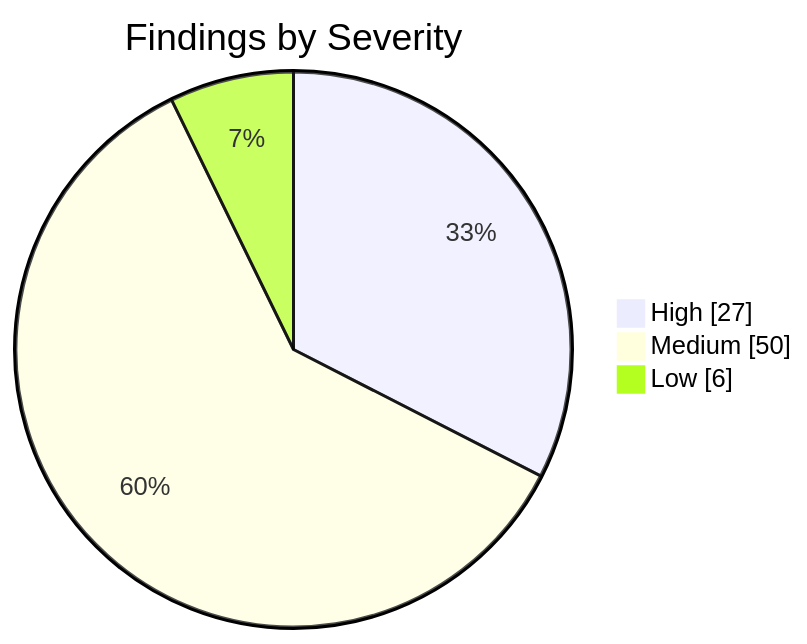
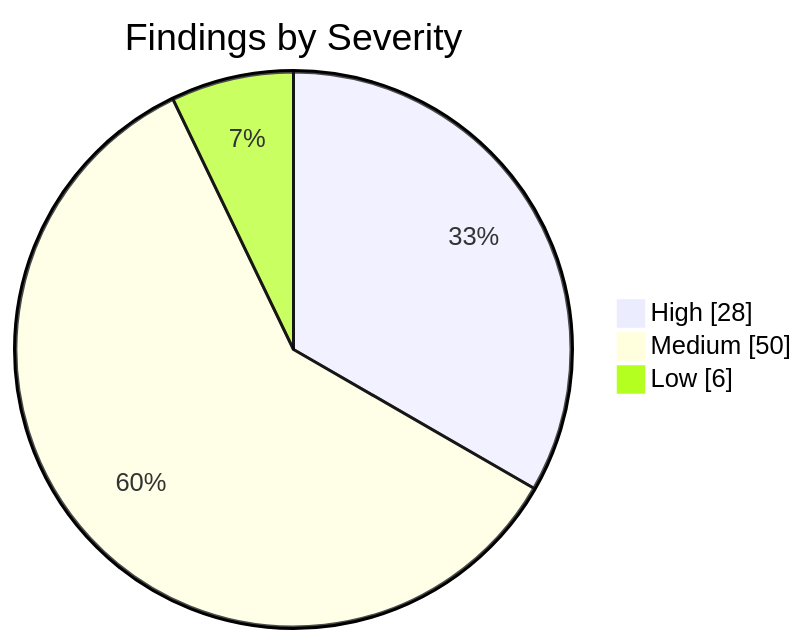
The first of 2 diagrams in apps/kbve/astro-kbve/src/content/docs/dashboard/security.mdx (KBVE/kbve), drawn with Mermaid before and after one commit. The commit also changed other lines of this file and 7 other files, not shown here.

````diff
--- a/apps/kbve/astro-kbve/src/content/docs/dashboard/security.mdx
+++ b/apps/kbve/astro-kbve/src/content/docs/dashboard/security.mdx
@@ -62,7 +62,7 @@
 ```mermaid
 pie showData
     title Findings by Severity
-    "High" : 27
+    "High" : 28
     "Medium" : 50
     "Low" : 6
 ```
````
